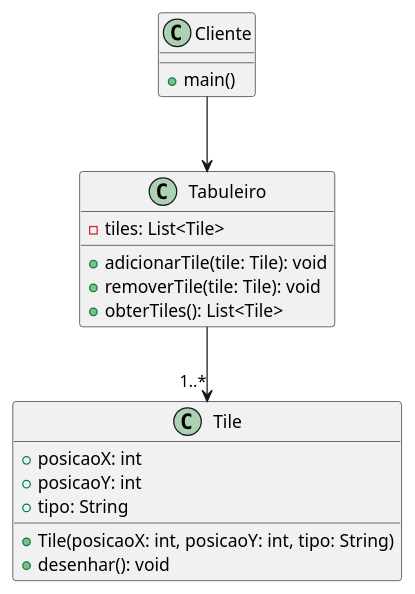
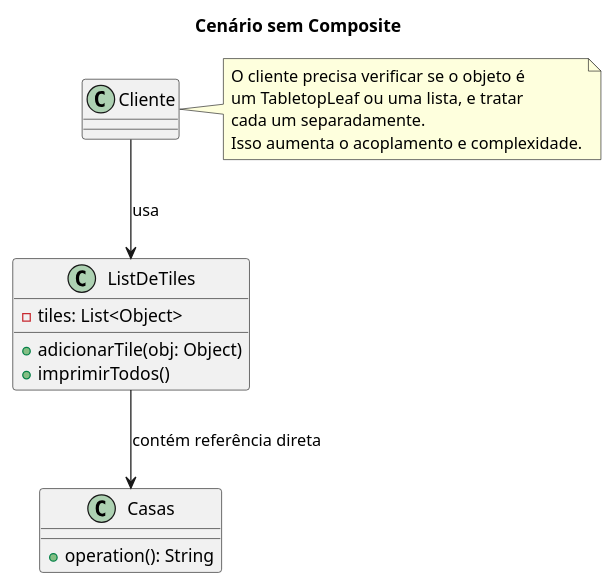
The third of 16 diagrams in README.md (20242-ifba-saj-ads-ppr/framework-equipe2), drawn with PlantUML before and after one commit. The commit also changed other lines of this file, not shown here.

````diff
--- a/README.md
+++ b/README.md
@@ -153,25 +157,27 @@
 ```plantuml
 @startuml
-class Tabuleiro {
-  - tiles: List<Tile>
-  + adicionarTile(tile: Tile): void
-  + removerTile(tile: Tile): void
-  + obterTiles(): List<Tile>
+title Cenário sem Composite
+
+
+class Casas{
+  +operation(): String
 }
 
-class Tile {
-  + posicaoX: int
-  + posicaoY: int
-  + tipo: String
-  + Tile(posicaoX: int, posicaoY: int, tipo: String)
-  + desenhar(): void
+class ListDeTiles {
+  -tiles: List<Object>
+  +adicionarTile(obj: Object)
+  +imprimirTodos()
 }
 
-class Cliente {
-  + main()
-}
+Cliente --> ListDeTiles : usa
 
-Cliente --> Tabuleiro
-Tabuleiro --> "1..*" Tile
+ListDeTiles --> Casas: contém referência direta
+
+note right of Cliente
+O cliente precisa verificar se o objeto é
+um TabletopLeaf ou uma lista, e tratar
+cada um separadamente.
+Isso aumenta o acoplamento e complexidade.
+end note
 @enduml
 ```
````
